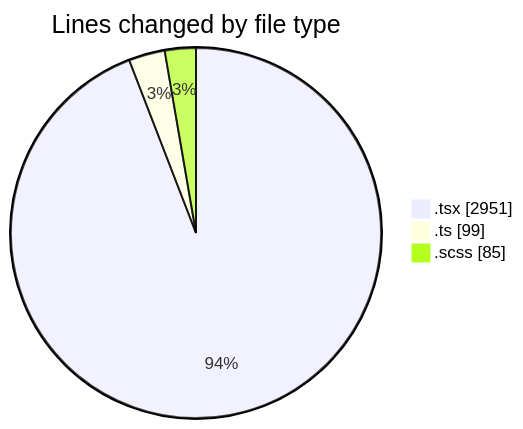
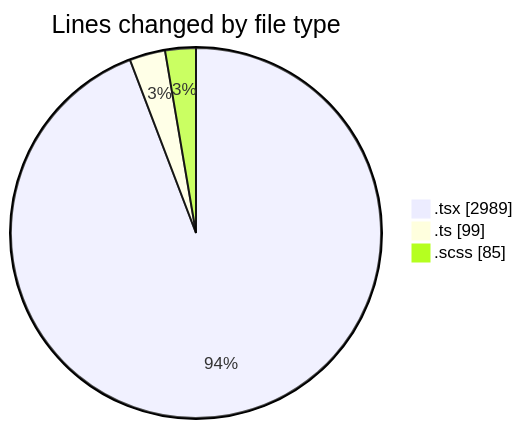
The first of 2 diagrams in 2025-02-11/cda/README.md (momahboobian/code-tracking), drawn with Mermaid before and after one commit. The commit also changed other lines of this file and 1 other file, not shown here.

````diff
--- a/2025-02-11/cda/README.md
+++ b/2025-02-11/cda/README.md
@@ -24,7 +24,7 @@
 ```mermaid
 pie showData
 title Lines changed by file type
-".tsx" : 2951
+".tsx" : 2989
 ".ts" : 99
 ".scss" : 85
 ```
````
